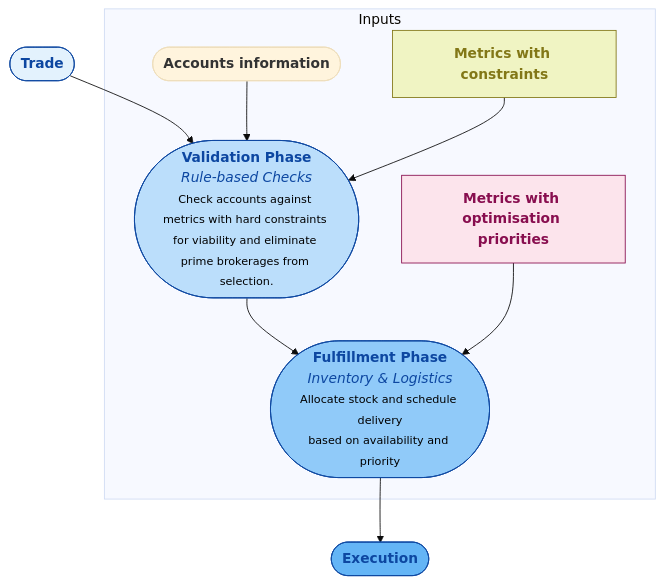
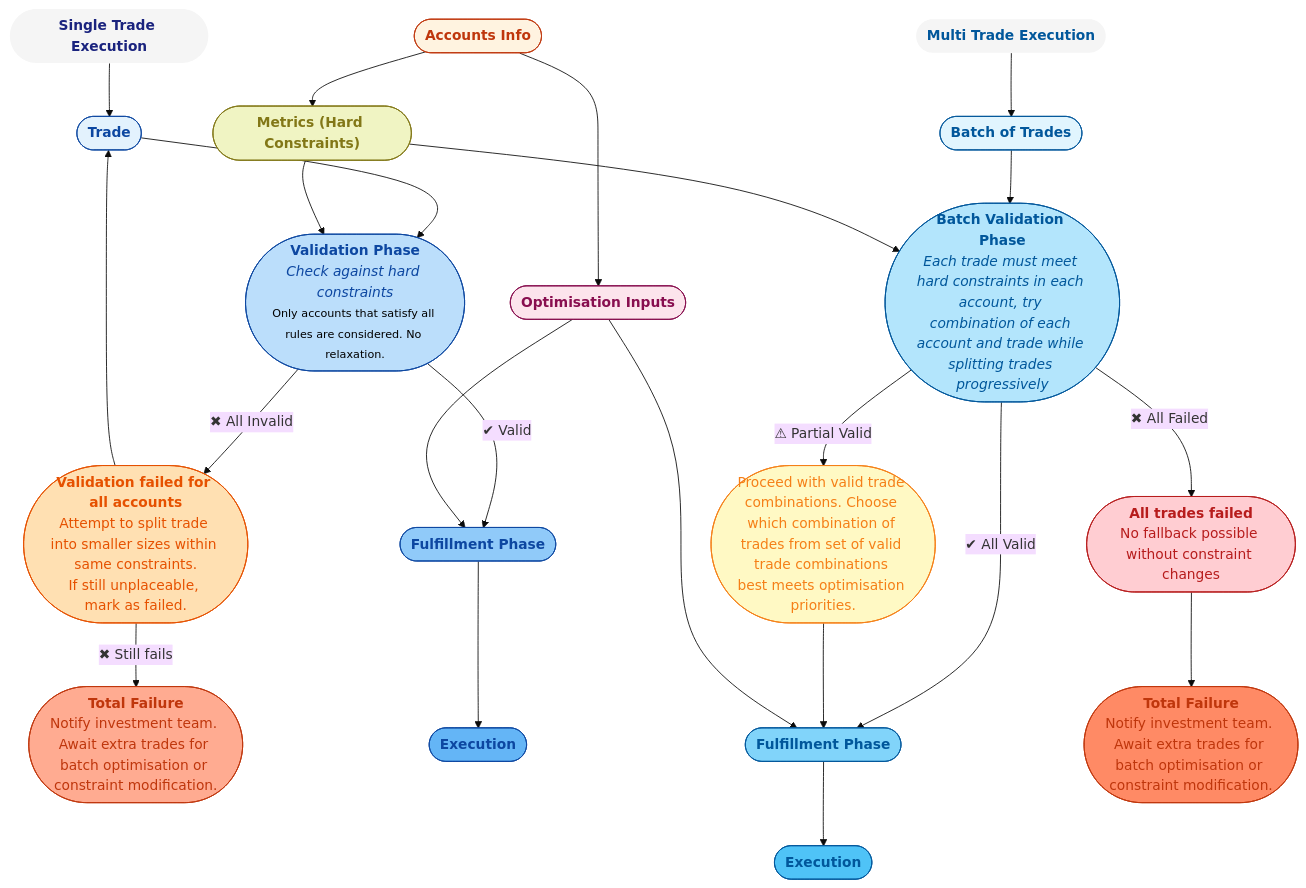
Before and after one commit to jamesmcleish/CPP-docker: the first of 2 diagrams in primebrokeroptimisation/summary.md, drawn with Mermaid (base theme). The commit also changed other lines of this file and 4 other files, not shown here.

````diff
--- a/primebrokeroptimisation/summary.md
+++ b/primebrokeroptimisation/summary.md
@@ -15,25 +16,71 @@
 ```mermaid
-flowchart TD
-    %% Node Definitions
-    A(["<b>Trade</b>"]) --> B
-    B(["<b>Validation Phase</b><br><i>Rule-based Checks</i><br><font color='#000000' size='2'>Check accounts against metrics with hard constraints for viability and eliminate prime brokerages from selection.</font>"]) --> C
-    C(["<b>Fulfillment Phase</b><br><i>Inventory & Logistics</i><br><font color='#000000' size='2'>Allocate stock and schedule delivery<br>based on availability and priority</font>"]) --> D
-    D(["<b>Execution</b>"])
-    
+flowchart TB
 
-    %% Inputs
-    subgraph Inputs
-        G(["<b>Accounts information</b>"])-->B
-        E["<b>Metrics with constraints</b>"] --> B
-        F["<b>Metrics with optimisation priorities</b>"] --> C
-    end
+    %% SECTION: HEADERS
+    title1(["<b>Single Trade Execution</b>"])
+    title2(["<b>Multi Trade Execution</b>"])
+    title1 --> SA
+    title2 --> MA
+
+    %% SINGLE TRADE PATH
+    SA(["<b>Trade</b>"]) --> SB
+    SB(["<b>Validation Phase</b><br><i>Check against hard constraints</i><br><font color='#000000' size='2'>Only accounts that satisfy all rules are considered. No relaxation.</font>"])
+
+    SB -->|✔ Valid| SC
+    SB -->|✖ All Invalid| SV
+
+    SV(["<b>Validation failed for all accounts</b><br>Attempt to split trade into smaller sizes within same constraints.<br>If still unplaceable, mark as failed."]) -->SA
+    SV -->|✖ Still fails| SW
+
+    SW(["<b>Total Failure</b><br>Notify investment team. Await extra trades for batch optimisation or constraint modification."])
+
+    SC(["<b>Fulfillment Phase</b>"]) --> SD
+    SD(["<b>Execution</b>"])
+
+    %% MULTI TRADE PATH
+    MA(["<b>Batch of Trades</b>"]) --> MB
+    MB(["<b>Batch Validation Phase</b><br><i>Each trade must meet hard constraints in each account, try combination of each account and trade while splitting trades progressively</i>"])
+
+    MB -->|✔ All Valid| MC
+    MB -->|⚠ Partial Valid| MP
+    MB -->|✖ All Failed| MV
+
+    MP(["Proceed with valid trade combinations. Choose which combination of trades from set of valid trade combinations best meets optimisation priorities."]) --> MC
+
+    MV(["<b>All trades failed</b><br>No fallback possible without constraint changes"]) --> MW
+    MW(["<b>Total Failure</b><br>Notify investment team. Await extra trades for batch optimisation or constraint modification."])
+
+    MC(["<b>Fulfillment Phase</b>"]) --> MD
+    MD(["<b>Execution</b>"])
+
+    %% Shared Inputs
+    ACC(["<b>Accounts Info</b>"]) --> SE
+    ACC --> MF
+    SE(["<b>Metrics (Hard Constraints)</b>"]) --> SB
+    SE --> MB
+    MF(["<b>Optimisation Inputs</b>"]) --> SC
+    MF --> MC
 
     %% Styles
-    style A fill:#e3f2fd,color:#0d47a1,stroke:#0d47a1,stroke-width:1px
-    style B fill:#bbdefb,color:#0d47a1,stroke:#0d47a1,stroke-width:1px
-    style C fill:#90caf9,color:#0d47a1,stroke:#0d47a1,stroke-width:1px
-    style D fill:#64b5f6,color:#0d47a1,stroke:#0d47a1,stroke-width:1px
-    style E fill:#f0f4c3,color:#827717,stroke:#827717,stroke-width:1px
-    style F fill:#fce4ec,color:#880e4f,stroke:#880e4f,stroke-width:1px
+    style SA fill:#e3f2fd,color:#0d47a1,stroke:#0d47a1
+    style SB fill:#bbdefb,color:#0d47a1,stroke:#0d47a1
+    style SC fill:#90caf9,color:#0d47a1,stroke:#0d47a1
+    style SD fill:#64b5f6,color:#0d47a1,stroke:#0d47a1
+    style SV fill:#ffe0b2,color:#e65100,stroke:#e65100
+    style SW fill:#ffab91,color:#bf360c,stroke:#bf360c
 
+    style MA fill:#e1f5fe,color:#01579b,stroke:#01579b
+    style MB fill:#b3e5fc,color:#01579b,stroke:#01579b
+    style MC fill:#81d4fa,color:#01579b,stroke:#01579b
+    style MD fill:#4fc3f7,color:#01579b,stroke:#01579b
+    style MP fill:#fff9c4,color:#f57f17,stroke:#f57f17
+    style MV fill:#ffcdd2,color:#b71c1c,stroke:#b71c1c
+    style MW fill:#ff8a65,color:#bf360c,stroke:#bf360c
+
+    style SE fill:#f0f4c3,color:#827717,stroke:#827717
+    style MF fill:#fce4ec,color:#880e4f,stroke:#880e4f
+    style ACC fill:#fff3e0,color:#bf360c,stroke:#bf360c
+
+    style title1 fill:#f5f5f5,stroke:none,color:#1a237e
+    style title2 fill:#f5f5f5,stroke:none,color:#01579b
 ```
````
